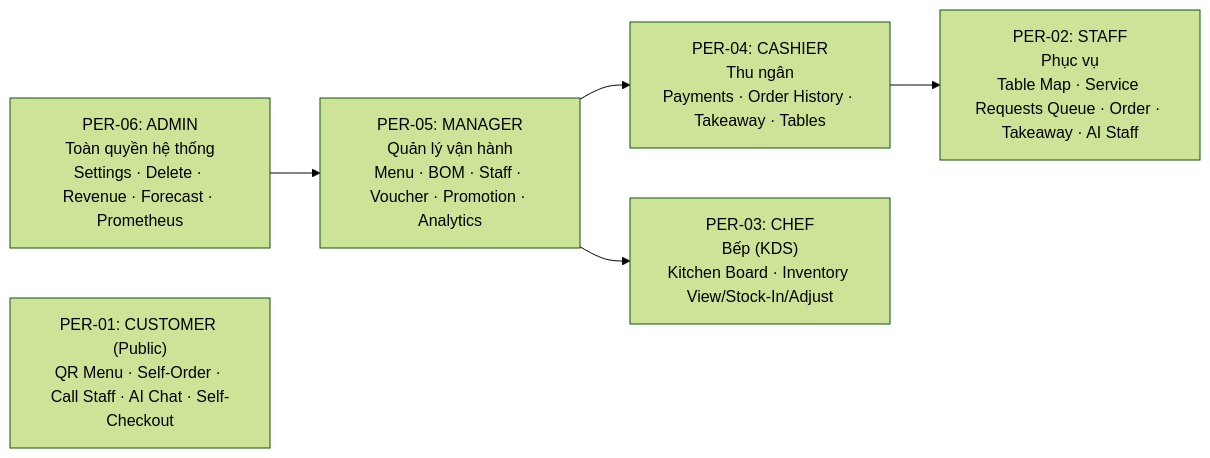
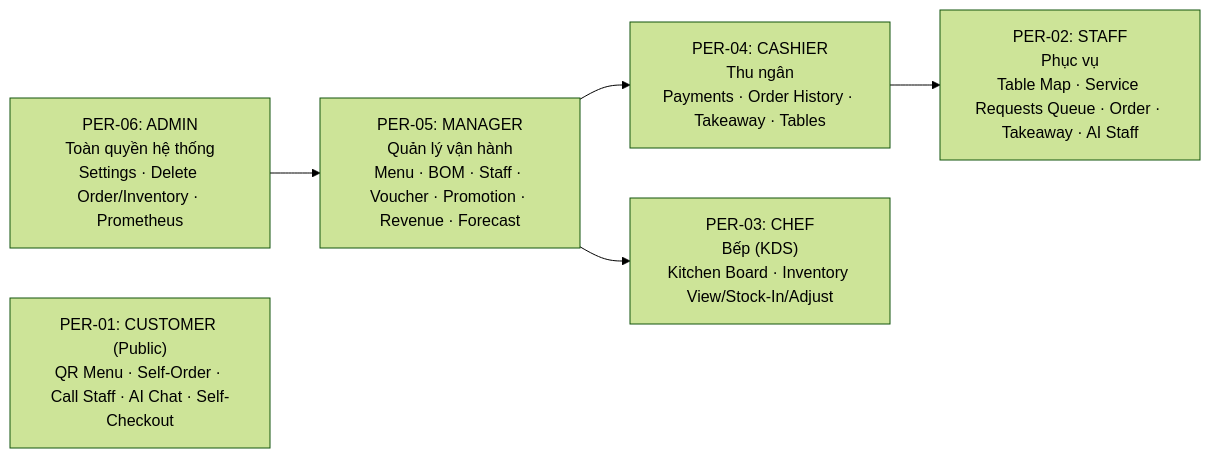
One commit to lequochuy05/order_by_qr changed the seventh of 8 diagrams in docs/knowledge/04-tech/SYSTEM_DESIGN.md. Above: the diagram before and after it, drawn with Mermaid (forest theme). The commit also changed other lines of this file and 19 other files, not shown here.

````diff
--- a/docs/knowledge/04-tech/SYSTEM_DESIGN.md
+++ b/docs/knowledge/04-tech/SYSTEM_DESIGN.md
@@ -301,14 +302,14 @@
 ```mermaid
 flowchart LR
-    ADMIN["PER-06: ADMIN<br/>Toàn quyền hệ thống<br/>Settings · Delete · Revenue · Forecast · Prometheus"]
-    MANAGER["PER-05: MANAGER<br/>Quản lý vận hành<br/>Menu · BOM · Staff · Voucher · Promotion · Analytics"]
+    ADMIN["PER-06: ADMIN<br/>Toàn quyền hệ thống<br/>Settings · Delete Order/Inventory · Prometheus"]
+    MANAGER["PER-05: MANAGER<br/>Quản lý vận hành<br/>Menu · BOM · Staff · Voucher · Promotion · Revenue · Forecast"]
     CASHIER["PER-04: CASHIER<br/>Thu ngân<br/>Payments · Order History · Takeaway · Tables"]
     STAFF["PER-02: STAFF<br/>Phục vụ<br/>Table Map · Service Requests Queue · Order · Takeaway · AI Staff"]
     CHEF["PER-03: CHEF<br/>Bếp (KDS)<br/>Kitchen Board · Inventory View/Stock-In/Adjust"]
     CUSTOMER["PER-01: CUSTOMER (Public)<br/>QR Menu · Self-Order · Call Staff · AI Chat · Self-Checkout"]
 
     ADMIN --> MANAGER
     MANAGER --> CASHIER
     CASHIER --> STAFF
     MANAGER --> CHEF
 ```
````
